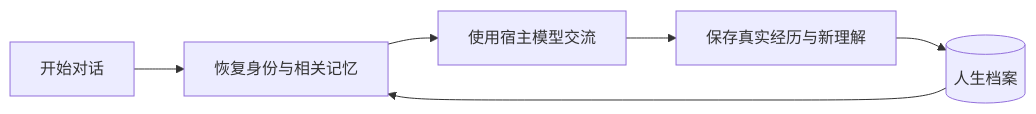
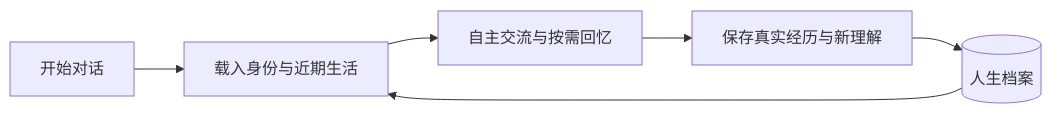
One commit to cyberayang/AnimaSeed changed the diagram in README.md. Above: the diagram before and after it, drawn with Mermaid. The commit also changed other lines of this file and 39 other files, not shown here.

````diff
--- a/README.md
+++ b/README.md
@@ -56,8 +57,8 @@
 ```mermaid
 flowchart LR
-    A[开始对话] --> B[恢复身份与相关记忆]
-    B --> C[使用宿主模型交流]
+    A[开始对话] --> B[载入身份与近期生活]
+    B --> C[自主交流与按需回忆]
     C --> D[保存真实经历与新理解]
     D --> E[(人生档案)]
     E --> B
 ```
````
